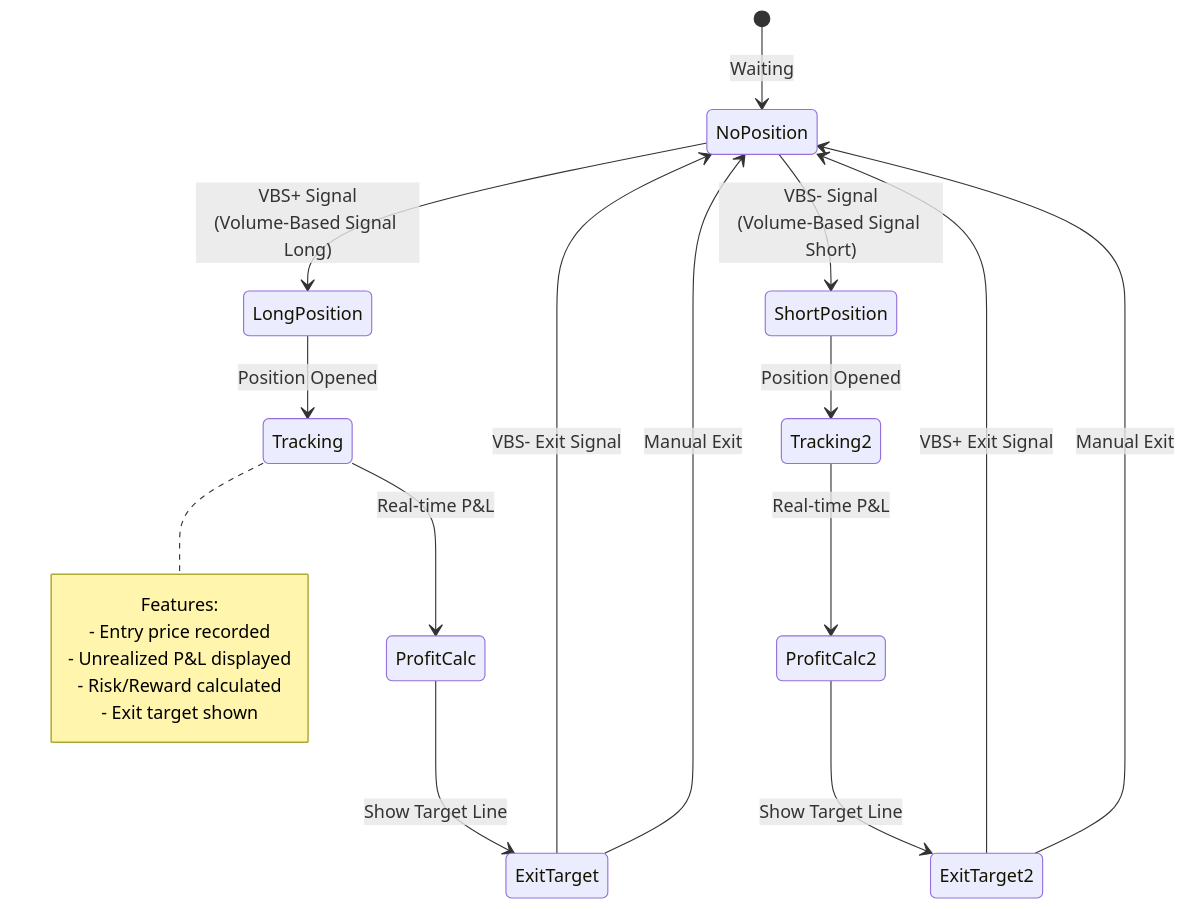
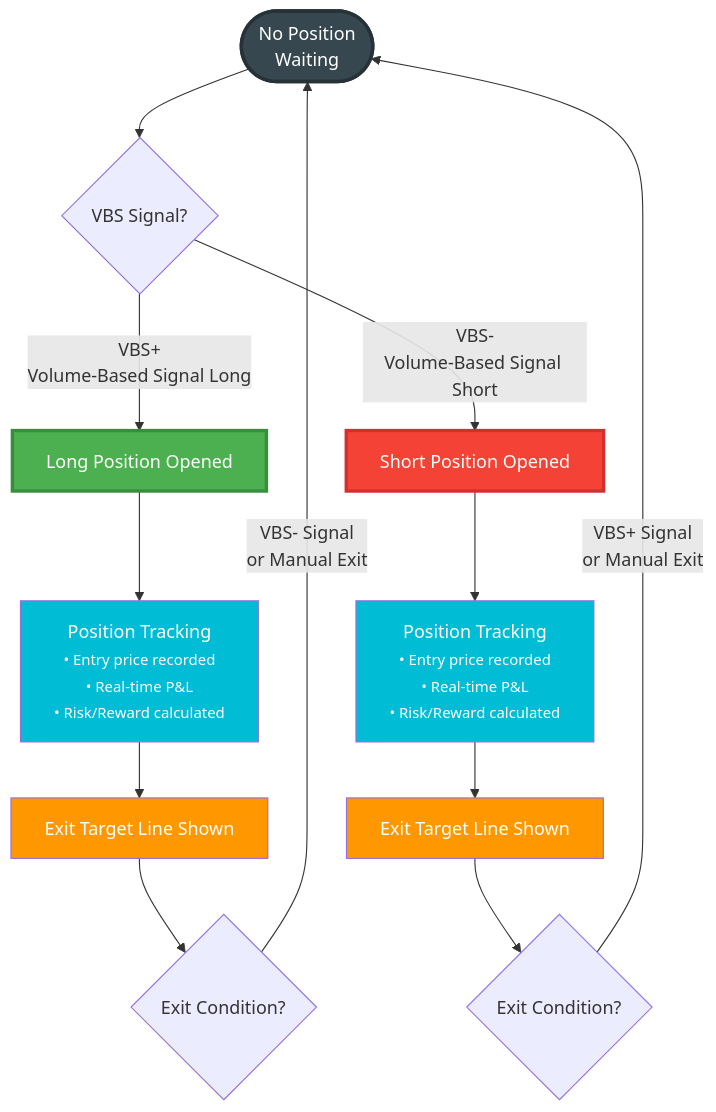
One commit to Signalpilot/signalpilot-docs changed the fifth of 12 diagrams in MERMAID_DIAGRAMS.md. Above: the diagram before and after it, drawn with Mermaid. The commit also changed other lines of this file, not shown here.

First line of the commit message:
Eliminate horizontal scrolling on mobile by converting diagrams to vertical layouts

````diff
--- a/MERMAID_DIAGRAMS.md
+++ b/MERMAID_DIAGRAMS.md
@@ -164,29 +164,27 @@
 ```mermaid
-stateDiagram-v2
-    [*] --> NoPosition: Waiting
+graph TD
+    Start([No Position<br/>Waiting]) --> Signal{VBS Signal?}
 
-    NoPosition --> LongPosition: VBS+ Signal<br/>(Volume-Based Signal Long)
-    NoPosition --> ShortPosition: VBS- Signal<br/>(Volume-Based Signal Short)
+    Signal -->|VBS+<br/>Volume-Based Signal Long| Long[Long Position Opened]
+    Signal -->|VBS-<br/>Volume-Based Signal Short| Short[Short Position Opened]
 
-    LongPosition --> Tracking: Position Opened
-    Tracking --> ProfitCalc: Real-time P&L
-    ProfitCalc --> ExitTarget: Show Target Line
+    Long --> Track1[Position Tracking<br/><small>• Entry price recorded<br/>• Real-time P&L<br/>• Risk/Reward calculated</small>]
+    Short --> Track2[Position Tracking<br/><small>• Entry price recorded<br/>• Real-time P&L<br/>• Risk/Reward calculated</small>]
 
-    ExitTarget --> NoPosition: VBS- Exit Signal
-    ExitTarget --> NoPosition: Manual Exit
+    Track1 --> Target1[Exit Target Line Shown]
+    Track2 --> Target2[Exit Target Line Shown]
 
-    ShortPosition --> Tracking2: Position Opened
-    Tracking2 --> ProfitCalc2: Real-time P&L
-    ProfitCalc2 --> ExitTarget2: Show Target Line
+    Target1 --> Exit1{Exit Condition?}
+    Target2 --> Exit2{Exit Condition?}
 
-    ExitTarget2 --> NoPosition: VBS+ Exit Signal
-    ExitTarget2 --> NoPosition: Manual Exit
+    Exit1 -->|VBS- Signal<br/>or Manual Exit| Start
+    Exit2 -->|VBS+ Signal<br/>or Manual Exit| Start
 
-    note right of Tracking
-        Features:
-        - Entry price recorded
-        - Unrealized P&L displayed
-        - Risk/Reward calculated
-        - Exit target shown
-    end note
+    style Start fill:#37474f,color:#fff,stroke:#263238,stroke-width:3px
+    style Long fill:#4caf50,color:#fff,stroke:#388e3c,stroke-width:3px
+    style Short fill:#f44336,color:#fff,stroke:#d32f2f,stroke-width:3px
+    style Track1 fill:#00bcd4,color:#fff
+    style Track2 fill:#00bcd4,color:#fff
+    style Target1 fill:#ff9800,color:#fff
+    style Target2 fill:#ff9800,color:#fff
 ```
````
